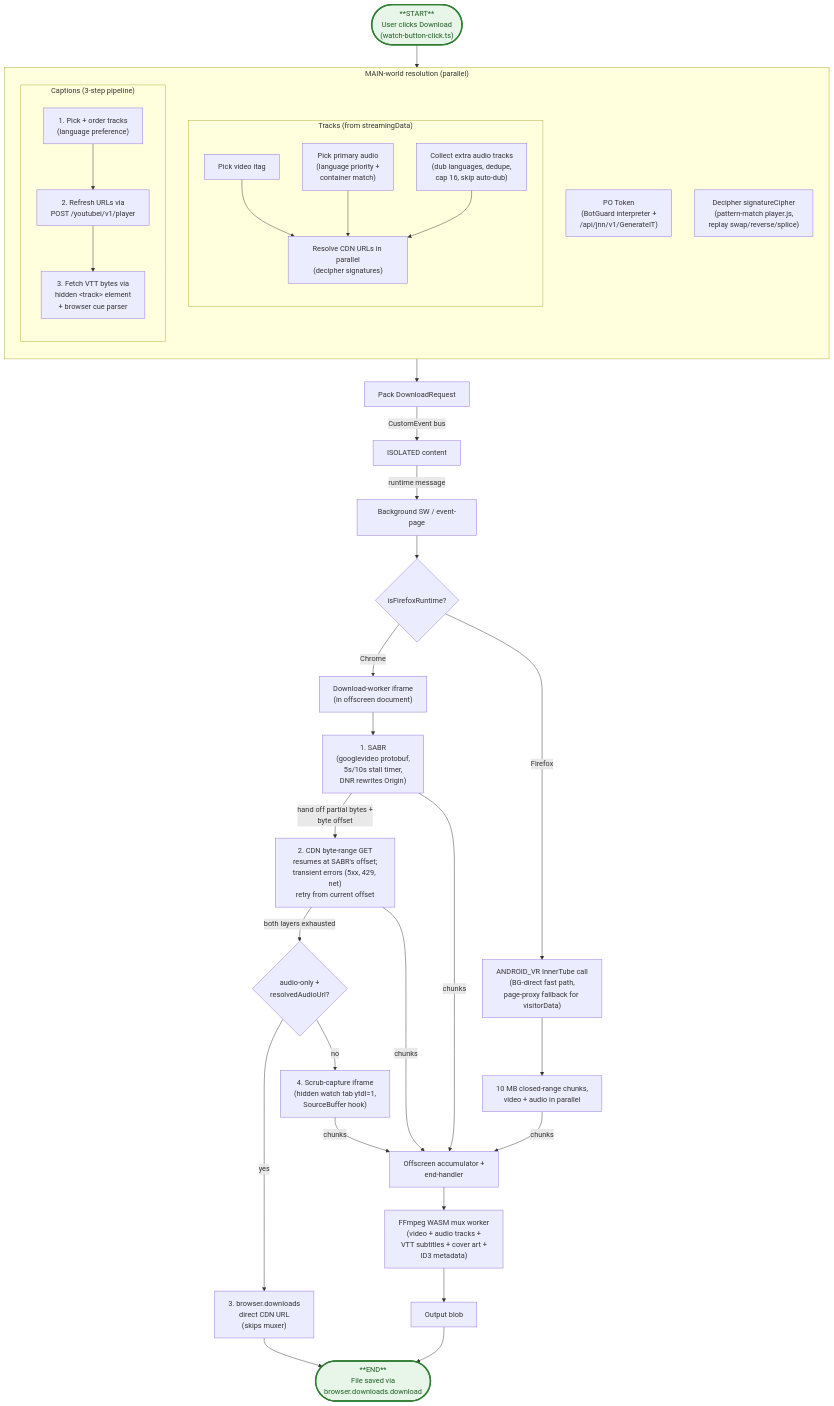
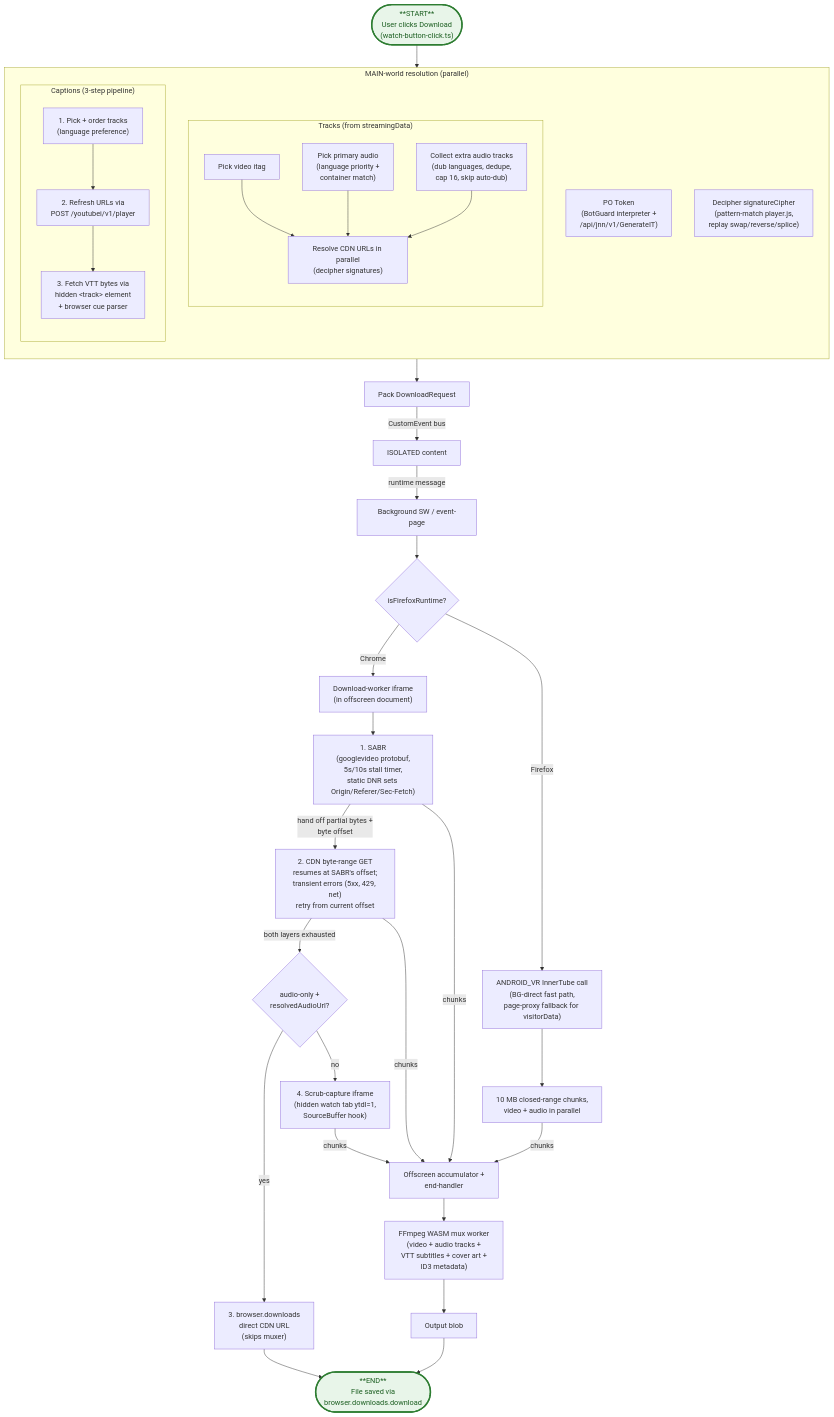
The first of 6 diagrams in ARCHITECTURE.md (avi12/youtube-downloader), drawn with Mermaid before and after one commit. The commit also changed other lines of this file and 3 other files, not shown here.

First line of the commit message:
refactor(network-rules): fold SABR headers into static DNR ruleset

````diff
--- a/ARCHITECTURE.md
+++ b/ARCHITECTURE.md
@@ -9,57 +9,57 @@
 ```mermaid
 flowchart TB
     Click(["**START**<br/>User clicks Download<br/>(watch-button-click.ts)"])
 
     subgraph Resolve["MAIN-world resolution (parallel)"]
       direction TB
       PO["PO Token<br/>(BotGuard interpreter +<br/>/api/jnn/v1/GenerateIT)"]
       Sig["Decipher signatureCipher<br/>(pattern-match player.js,<br/>replay swap/reverse/splice)"]
       subgraph Tracks["Tracks (from streamingData)"]
         direction TB
         Itags["Pick video itag"]
         Aprimary["Pick primary audio<br/>(language priority +<br/>container match)"]
         Aextras["Collect extra audio tracks<br/>(dub languages, dedupe,<br/>cap 16, skip auto-dub)"]
         Aresolve["Resolve CDN URLs in parallel<br/>(decipher signatures)"]
         Itags --> Aresolve
         Aprimary --> Aresolve
         Aextras --> Aresolve
       end
       subgraph CaptionsBox["Captions (3-step pipeline)"]
         direction TB
         Cpick["1. Pick + order tracks<br/>(language preference)"]
         Cfresh["2. Refresh URLs via<br/>POST /youtubei/v1/player"]
         Cvtt["3. Fetch VTT bytes via<br/>hidden &lt;track&gt; element<br/>+ browser cue parser"]
         Cpick --> Cfresh --> Cvtt
       end
     end
 
     Click --> Resolve
     Resolve --> Pack["Pack DownloadRequest"]
     Pack -->|"CustomEvent bus"| Iso["ISOLATED content"]
     Iso -->|"runtime message"| SW["Background SW / event-page"]
 
     SW --> Branch{"isFirefoxRuntime?"}
     Branch -->|"Chrome"| Worker["Download-worker iframe<br/>(in offscreen document)"]
     Branch -->|"Firefox"| FF["ANDROID_VR InnerTube call<br/>(BG-direct fast path,<br/>page-proxy fallback for visitorData)"]
 
-    Worker --> SABR["1. SABR<br/>(googlevideo protobuf,<br/>5s/10s stall timer,<br/>DNR rewrites Origin)"]
+    Worker --> SABR["1. SABR<br/>(googlevideo protobuf,<br/>5s/10s stall timer,<br/>static DNR sets Origin/Referer/Sec-Fetch)"]
     SABR -->|"hand off partial bytes +<br/>byte offset"| CDN["2. CDN byte-range GET<br/>resumes at SABR's offset;<br/>transient errors (5xx, 429, net)<br/>retry from current offset"]
     CDN -->|"both layers exhausted"| FB{"audio-only +<br/>resolvedAudioUrl?"}
     FB -->|"yes"| Direct["3. browser.downloads<br/>direct CDN URL<br/>(skips muxer)"]
     FB -->|"no"| Scrub["4. Scrub-capture iframe<br/>(hidden watch tab ytdl=1,<br/>SourceBuffer hook)"]
 
     FF --> FFchunk["10 MB closed-range chunks,<br/>video + audio in parallel"]
 
     SABR -->|"chunks"| Acc["Offscreen accumulator +<br/>end-handler"]
     CDN -->|"chunks"| Acc
     Scrub -->|"chunks"| Acc
     FFchunk -->|"chunks"| Acc
 
     Acc --> Mux["FFmpeg WASM mux worker<br/>(video + audio tracks +<br/>VTT subtitles + cover art +<br/>ID3 metadata)"]
     Mux --> Blob["Output blob"]
     Blob --> DL(["**END**<br/>File saved via<br/>browser.downloads.download"])
     Direct --> DL
 
     classDef startEnd fill:#e8f5e9,stroke:#2e7d32,stroke-width:3px,color:#1b5e20
     class Click,DL startEnd
 ```
````
